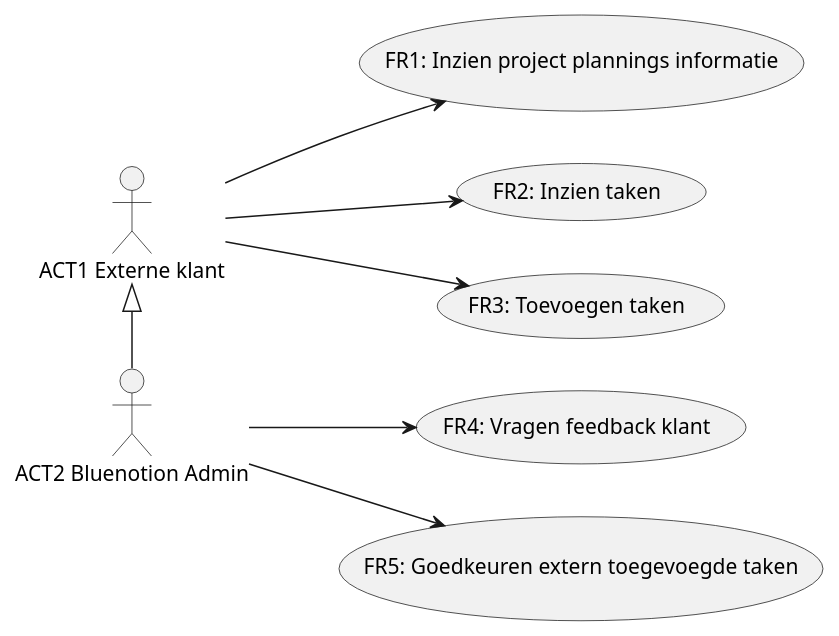
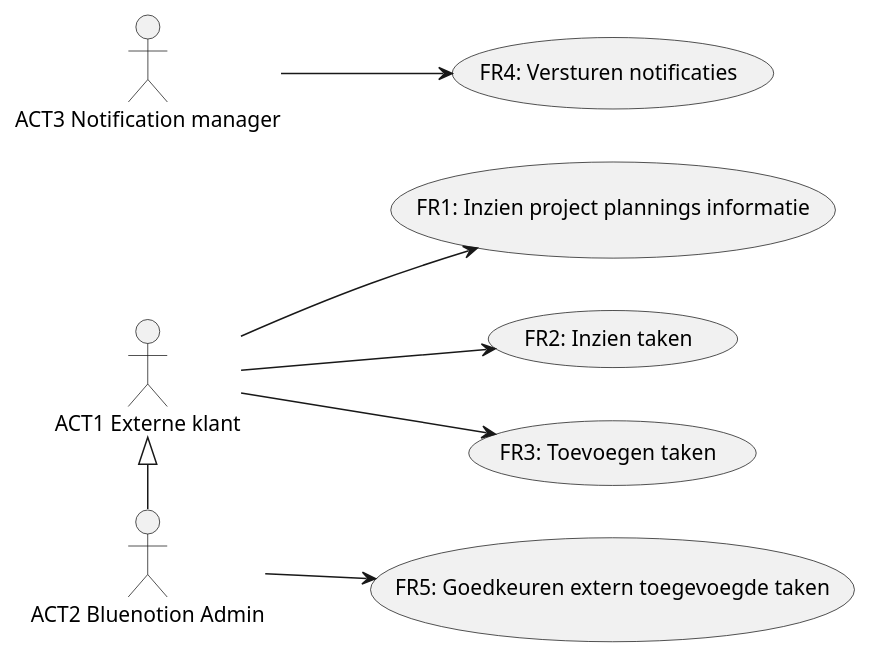
Before and after one commit to DCReceveur/pre-afstudeer-docs: the third of 3 diagrams in Documentatie/FunctioneelOntwerp.md, drawn with PlantUML. The commit also changed other lines of this file, not shown here.

````diff
--- a/Documentatie/FunctioneelOntwerp.md
+++ b/Documentatie/FunctioneelOntwerp.md
@@ -238,24 +242,25 @@
 ```plantuml
 left to right direction
 
 :ACT1 Externe klant: as KL
 :ACT2 Bluenotion Admin: as ADM
+:ACT3 Notification manager: as Notification
 
 (FR1: Inzien project plannings informatie) as FR1
 (FR2: Inzien taken) as FR2
 (FR3: Toevoegen taken) as FR3
-(FR4: Vragen feedback klant) as FR4
+(FR4: Versturen notificaties) as FR4
 (FR5: Goedkeuren extern toegevoegde taken) as FR5
 
 KL -DOWN-> FR1
 KL -DOWN-> FR2
 KL -DOWN-> FR3
 
 
 ADM-DOWN->FR5
-ADM-DOWN->FR4
+Notification-DOWN->FR4
 
 ADM-LEFT-|>KL
 
 
 ```
````
